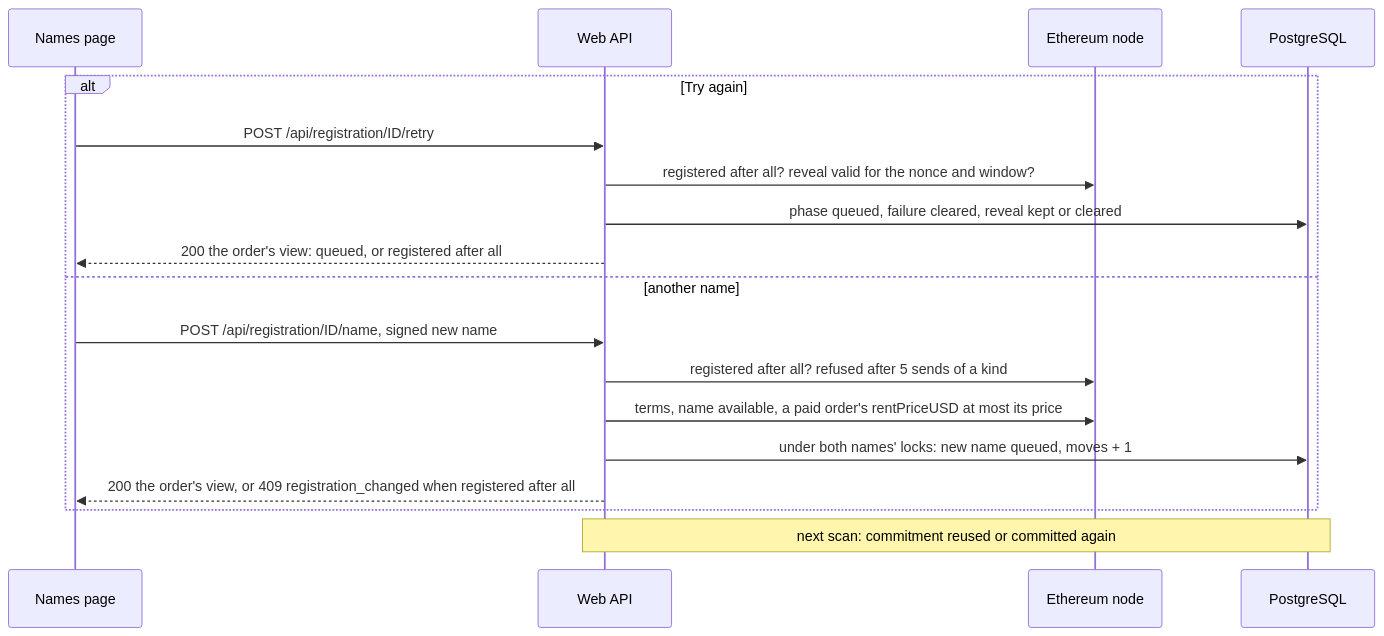
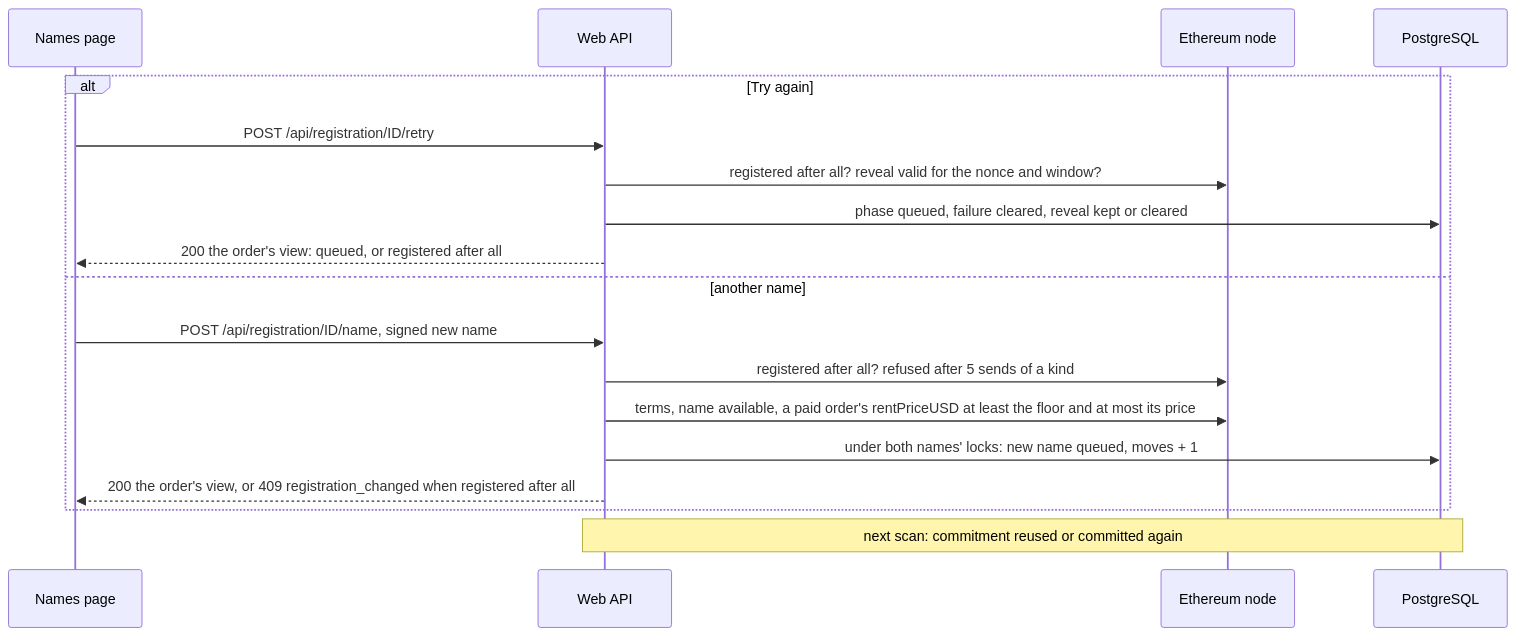
Before and after one commit to simplex-chat/simplex-chat: the seventh of 13 diagrams in apps/simplex-store-service/docs/names.md, drawn with Mermaid. The commit also changed other lines of this file and 1 other file, not shown here.

Commit message:
store: document the price floor for searches, moves and spends

````diff
--- a/apps/simplex-store-service/docs/names.md
+++ b/apps/simplex-store-service/docs/names.md
@@ -370,20 +371,20 @@
 ```mermaid
 sequenceDiagram
   participant P as Names page
   participant W as Web API
   participant E as Ethereum node
   participant D as PostgreSQL
   alt Try again
     P->>W: POST /api/registration/ID/retry
     W->>E: registered after all? reveal valid for the nonce and window?
     W->>D: phase queued, failure cleared, reveal kept or cleared
     W-->>P: 200 the order's view: queued, or registered after all
   else another name
     P->>W: POST /api/registration/ID/name, signed new name
     W->>E: registered after all? refused after 5 sends of a kind
-    W->>E: terms, name available, a paid order's rentPriceUSD at most its price
+    W->>E: terms, name available, a paid order's rentPriceUSD at least the floor and at most its price
     W->>D: under both names' locks: new name queued, moves + 1
     W-->>P: 200 the order's view, or 409 registration_changed when registered after all
   end
   Note over W,D: next scan: commitment reused or committed again
 ```
````
